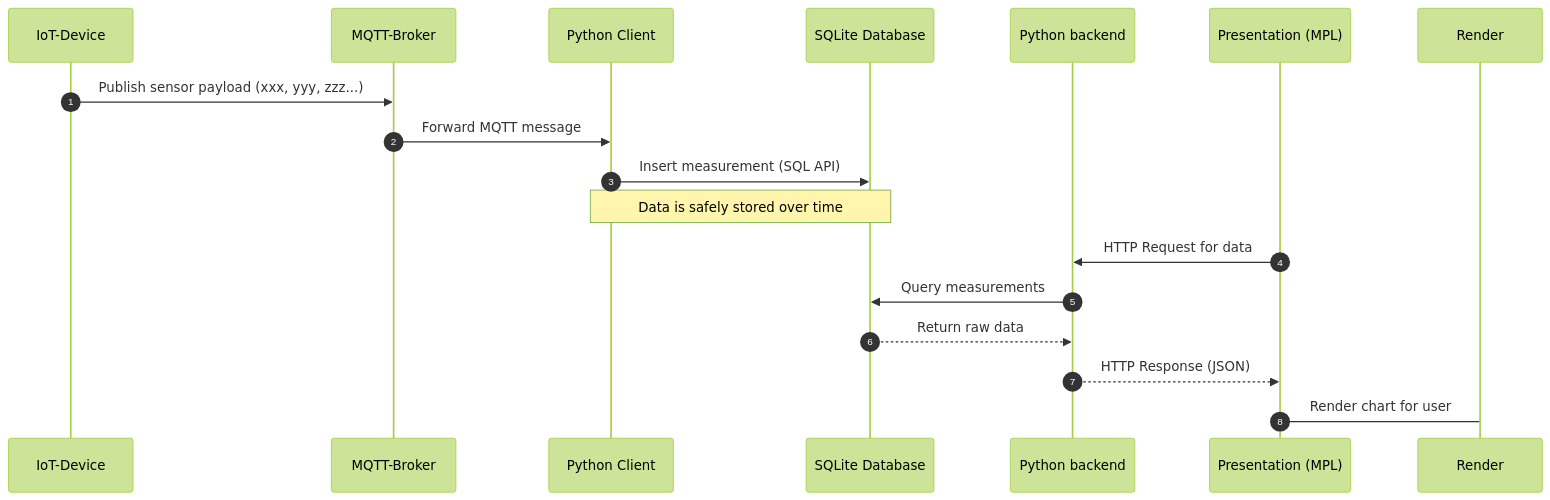
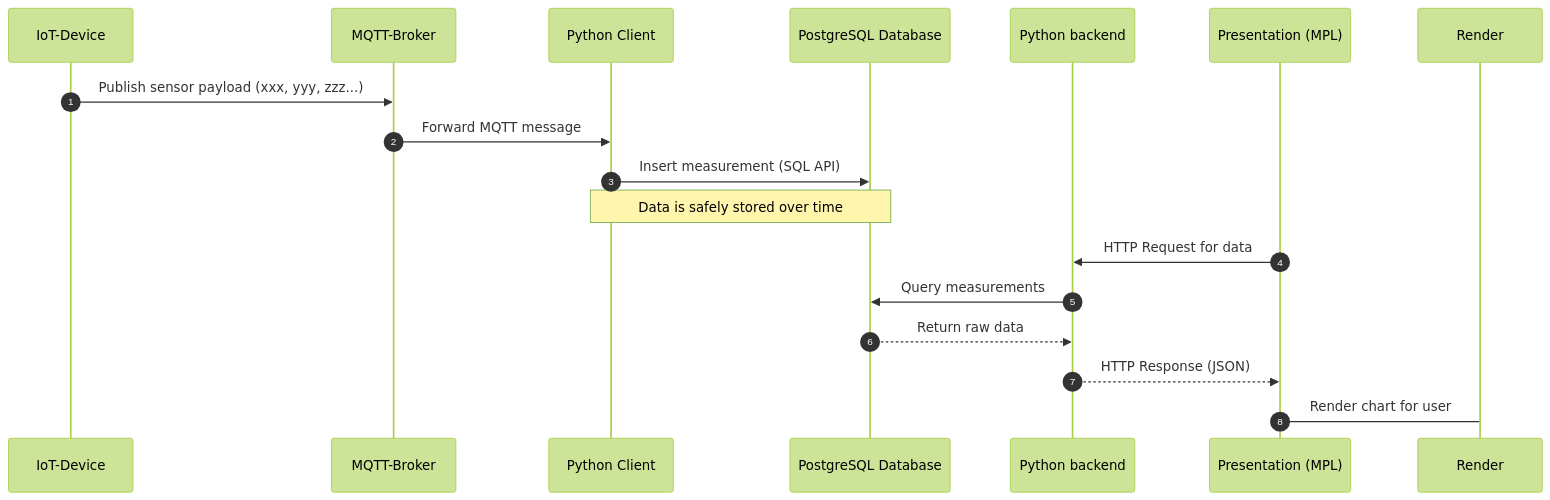
The fifth of 5 diagrams in docs/architecture.md (schusim/SW_engineeringProject), drawn with Mermaid (forest theme) before and after one commit. The commit also changed other lines of this file and 1 other file, not shown here.

````diff
--- a/docs/architecture.md
+++ b/docs/architecture.md
@@ -116,20 +116,20 @@
 ```mermaid
 sequenceDiagram
     autonumber
     participant IoT as IoT-Device
     participant MQTT as MQTT-Broker
     participant Client as Python Client
-    participant DB as SQLite Database
+    participant DB as PostgreSQL Database
     participant backend as Python backend
     participant MPL as Presentation (MPL)
 
     IoT->>MQTT: Publish sensor payload (xxx, yyy, zzz...)
     MQTT->>Client: Forward MQTT message
     Client->>DB: Insert measurement (SQL API)
     Note over Client,DB: Data is safely stored over time
     MPL->>backend: HTTP Request for data
     backend->>DB: Query measurements
     DB-->>backend: Return raw data
     backend-->>MPL: HTTP Response (JSON)
     MPL->Render: Render chart for user
 ```
````
